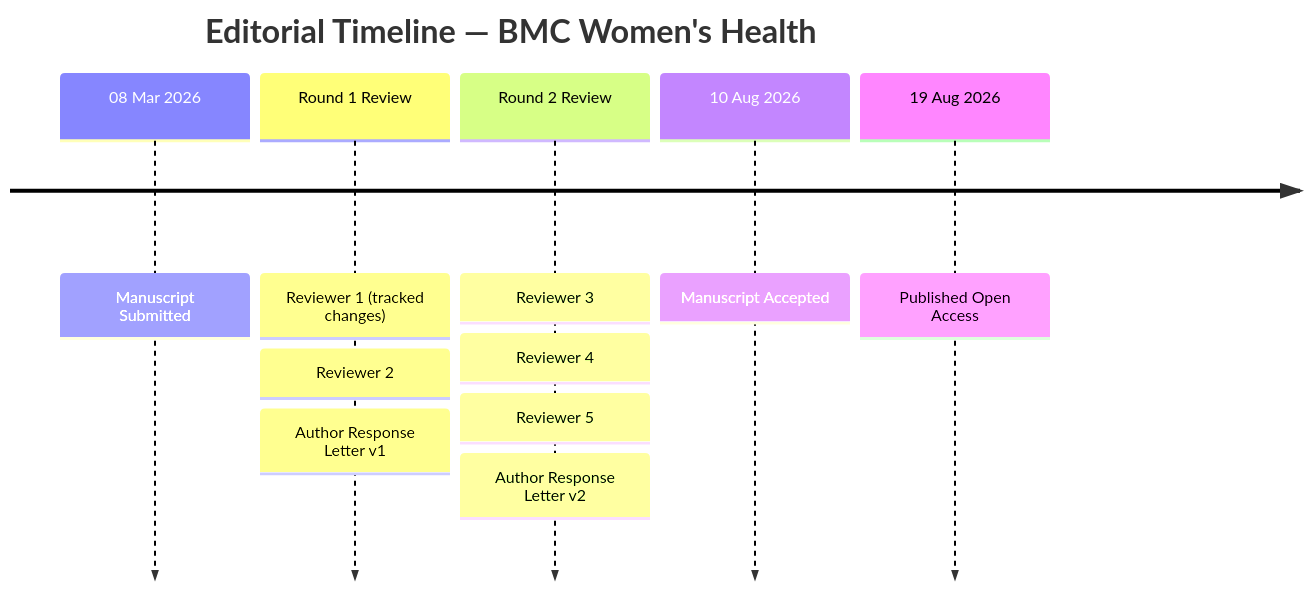
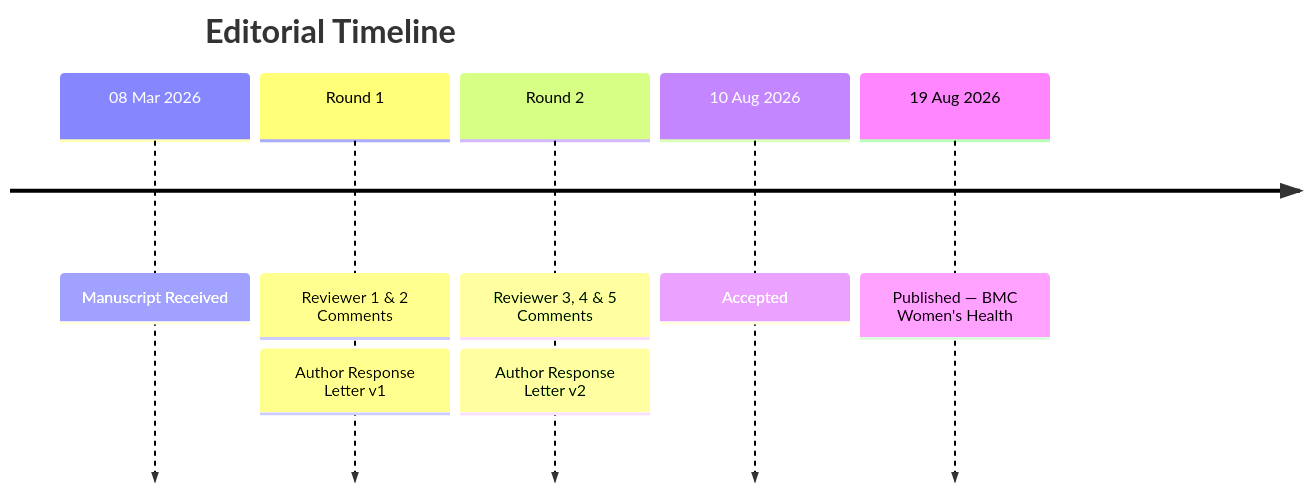
Before and after one commit to muhammadsalek/BDHS-Unmet-Need-Analysis: the second of 2 diagrams in README.md, drawn with Mermaid. The commit also changed other lines of this file, not shown here.

````diff
--- a/README.md
+++ b/README.md
@@ -296,9 +283,9 @@
 ```mermaid
 timeline
-    title Editorial Timeline — BMC Women's Health
-    08 Mar 2026 : Manuscript Submitted
-    Round 1 Review : Reviewer 1 (tracked changes) : Reviewer 2 : Author Response Letter v1
-    Round 2 Review : Reviewer 3 : Reviewer 4 : Reviewer 5 : Author Response Letter v2
-    10 Aug 2026 : Manuscript Accepted
-    19 Aug 2026 : Published Open Access
+    title Editorial Timeline
+    08 Mar 2026 : Manuscript Received
+    Round 1 : Reviewer 1 & 2 Comments : Author Response Letter v1
+    Round 2 : Reviewer 3, 4 & 5 Comments : Author Response Letter v2
+    10 Aug 2026 : Accepted
+    19 Aug 2026 : Published — BMC Women's Health
 ```
````
